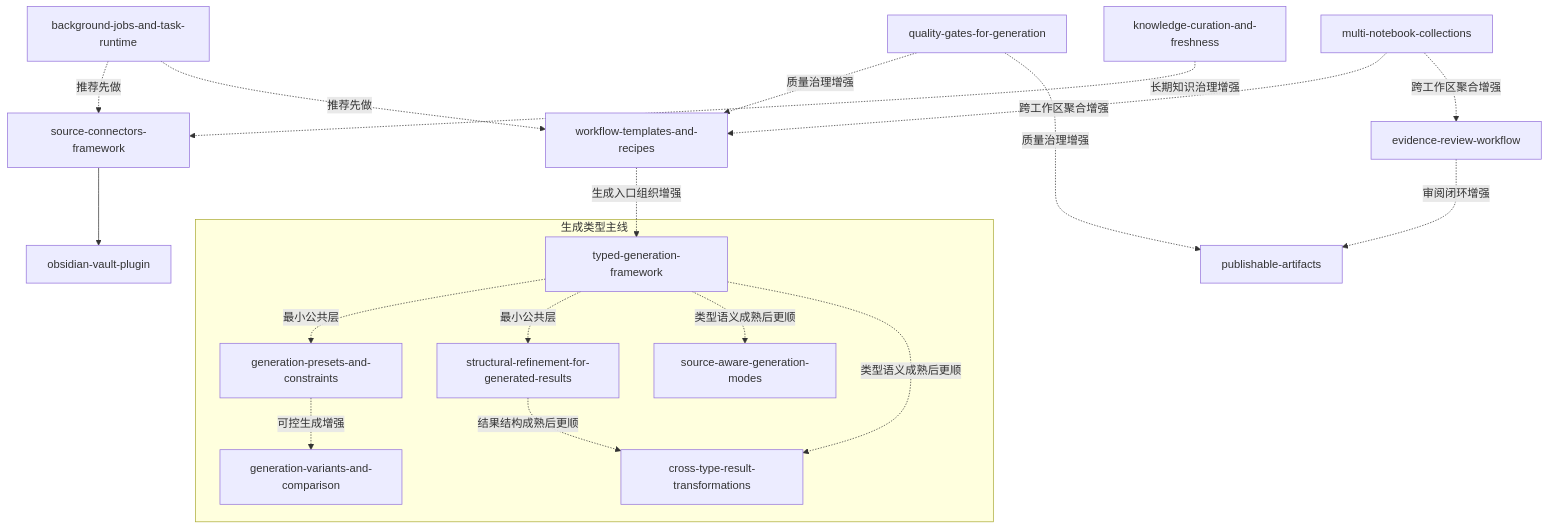
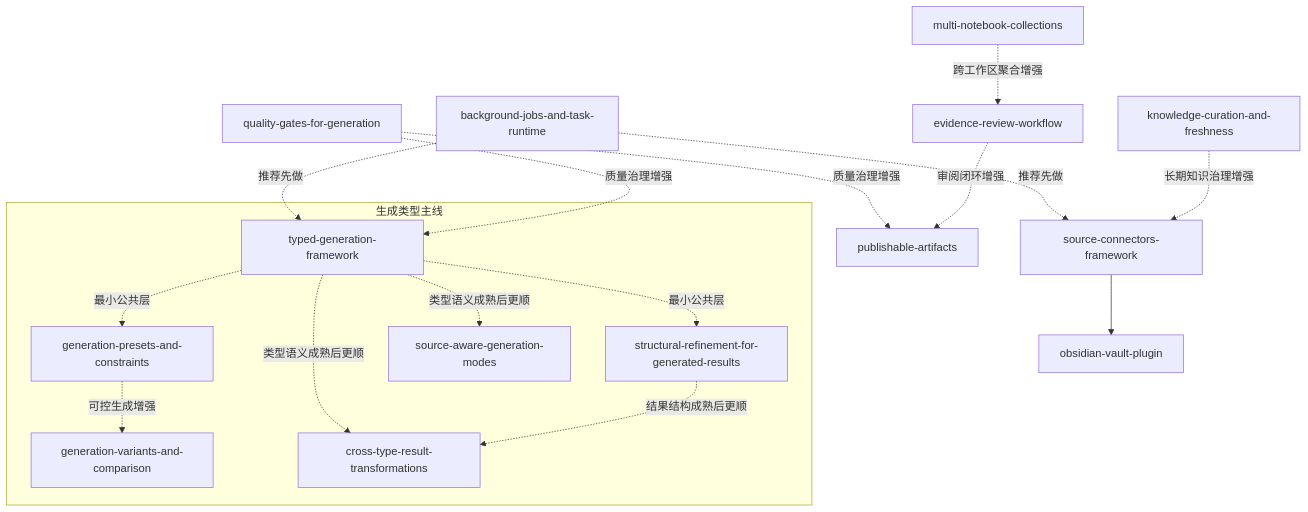
The diagram in openspec/changes/README.md (StrayDragon/crystalith), drawn with Mermaid before and after one commit. The commit also changed other lines of this file and 7 other files, not shown here.

````diff
--- a/openspec/changes/README.md
+++ b/openspec/changes/README.md
@@ -394,39 +442,36 @@
 ```mermaid
 flowchart TD
   BJR[background-jobs-and-task-runtime]
   SCF[source-connectors-framework]
   OVP[obsidian-vault-plugin]
-  WTR[workflow-templates-and-recipes]
   QGG[quality-gates-for-generation]
   PA[publishable-artifacts]
   ERW[evidence-review-workflow]
   KCF[knowledge-curation-and-freshness]
   MNC[multi-notebook-collections]
 
   subgraph GT[生成类型主线]
     TGF[typed-generation-framework]
     GPC[generation-presets-and-constraints]
     SRR[structural-refinement-for-generated-results]
     GVC[generation-variants-and-comparison]
     SAG[source-aware-generation-modes]
     CRT[cross-type-result-transformations]
   end
 
   SCF --> OVP
   BJR -.推荐先做.-> SCF
-  BJR -.推荐先做.-> WTR
-  QGG -.质量治理增强.-> WTR
+  BJR -.推荐先做.-> TGF
+  QGG -.质量治理增强.-> TGF
   QGG -.质量治理增强.-> PA
   ERW -.审阅闭环增强.-> PA
   KCF -.长期知识治理增强.-> SCF
-  MNC -.跨工作区聚合增强.-> WTR
   MNC -.跨工作区聚合增强.-> ERW
 
-  WTR -.生成入口组织增强.-> TGF
   TGF -.最小公共层.-> GPC
   TGF -.最小公共层.-> SRR
   GPC -.可控生成增强.-> GVC
   TGF -.类型语义成熟后更顺.-> SAG
   TGF -.类型语义成熟后更顺.-> CRT
   SRR -.结果结构成熟后更顺.-> CRT
 ```
````
